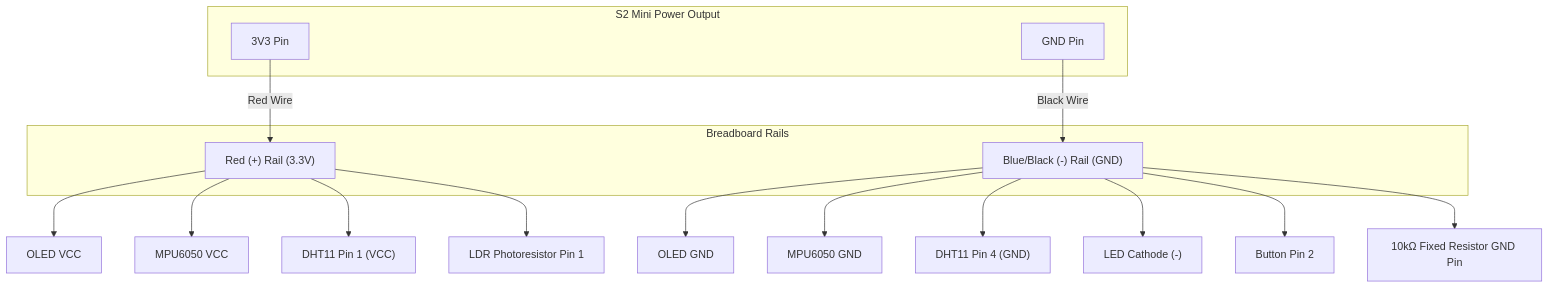
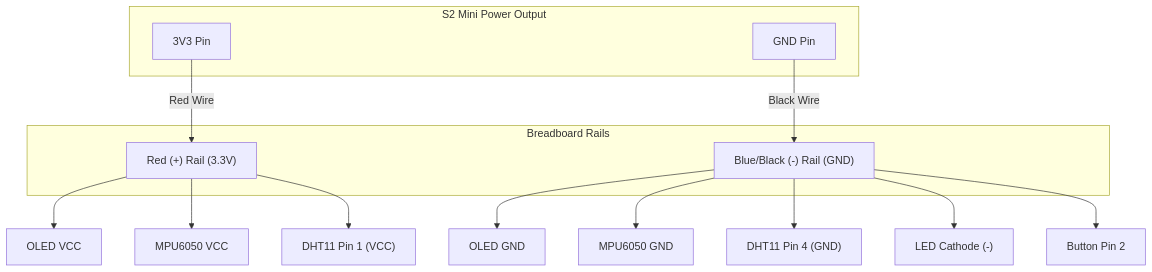
Before and after one commit to MateusAlo/Embedded-System: the first of 3 diagrams in pin_connect.md, drawn with Mermaid. The commit also changed other lines of this file, not shown here.

Commit message:
Updated the pin connections file

````diff
--- a/pin_connect.md
+++ b/pin_connect.md
@@ -96,27 +87,25 @@
 ```mermaid
 graph TD
     subgraph S2Mini_Power ["S2 Mini Power Output"]
         3V3["3V3 Pin"]
         GND["GND Pin"]
     end
 
     subgraph Breadboard_Rails ["Breadboard Rails"]
         VCC_RAIL["Red (+) Rail (3.3V)"]
         GND_RAIL["Blue/Black (-) Rail (GND)"]
     end
 
     3V3 -->|Red Wire| VCC_RAIL
     GND -->|Black Wire| GND_RAIL
 
     VCC_RAIL --> OLED_VCC["OLED VCC"]
     VCC_RAIL --> IMU_VCC["MPU6050 VCC"]
     VCC_RAIL --> DHT_VCC["DHT11 Pin 1 (VCC)"]
-    VCC_RAIL --> LDR_VCC["LDR Photoresistor Pin 1"]
 
     GND_RAIL --> OLED_GND["OLED GND"]
     GND_RAIL --> IMU_GND["MPU6050 GND"]
     GND_RAIL --> DHT_GND["DHT11 Pin 4 (GND)"]
     GND_RAIL --> LED_GND["LED Cathode (-)"]
     GND_RAIL --> BTN_GND["Button Pin 2"]
-    GND_RAIL --> LDR_GND["10kΩ Fixed Resistor GND Pin"]
 ```
````
